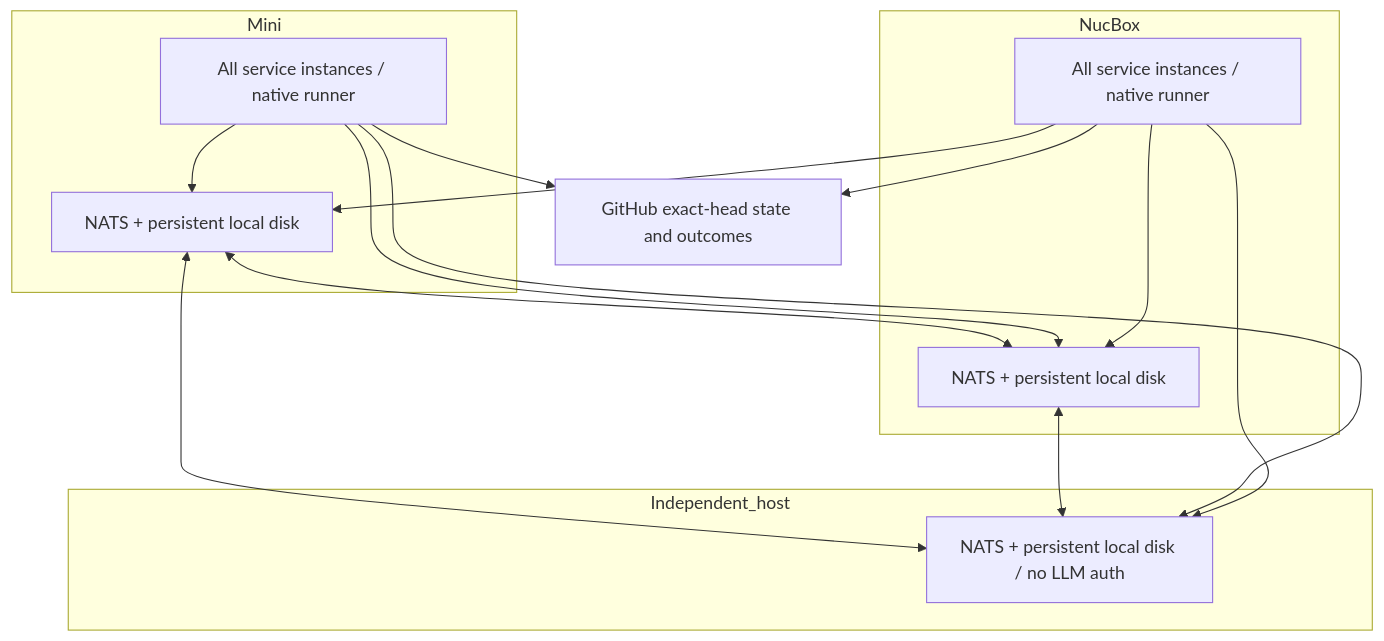
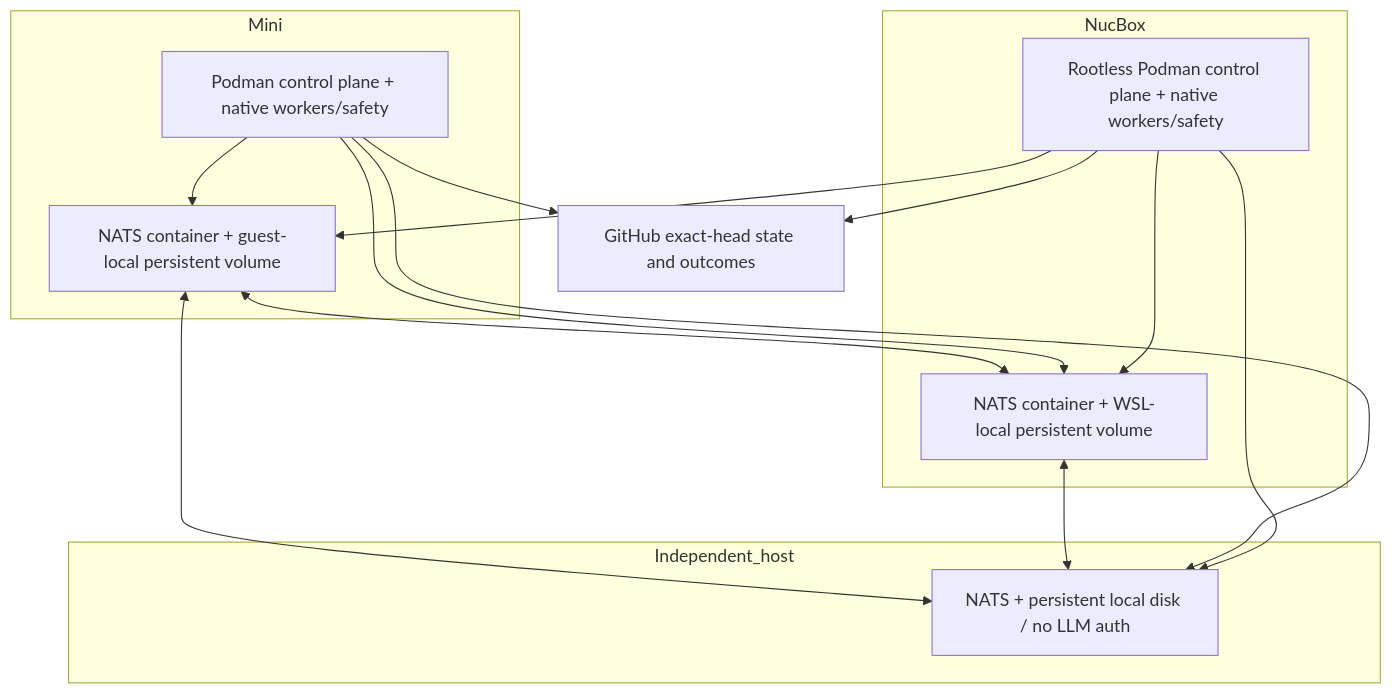
Before and after one commit to rupret007/bob-ops-dashboard: the diagram in docs/architecture/failover-shared-state.md, drawn with Mermaid. The commit also changed other lines of this file, not shown here.

````diff
--- a/docs/architecture/failover-shared-state.md
+++ b/docs/architecture/failover-shared-state.md
@@ -117,25 +150,25 @@
 ```mermaid
 flowchart TB
   subgraph Mini
-    MA[All service instances / native runner]
-    MN[NATS + persistent local disk]
+    MA[Podman control plane + native workers/safety]
+    MN[NATS container + guest-local persistent volume]
   end
   subgraph NucBox
-    NA[All service instances / native runner]
-    NN[NATS + persistent local disk]
+    NA[Rootless Podman control plane + native workers/safety]
+    NN[NATS container + WSL-local persistent volume]
   end
   subgraph Independent_host
     TN[NATS + persistent local disk / no LLM auth]
   end
   MN <--> NN
   MN <--> TN
   NN <--> TN
   MA --> MN
   MA --> NN
   MA --> TN
   NA --> NN
   NA --> MN
   NA --> TN
   MA --> GH[GitHub exact-head state and outcomes]
   NA --> GH
 ```
````
